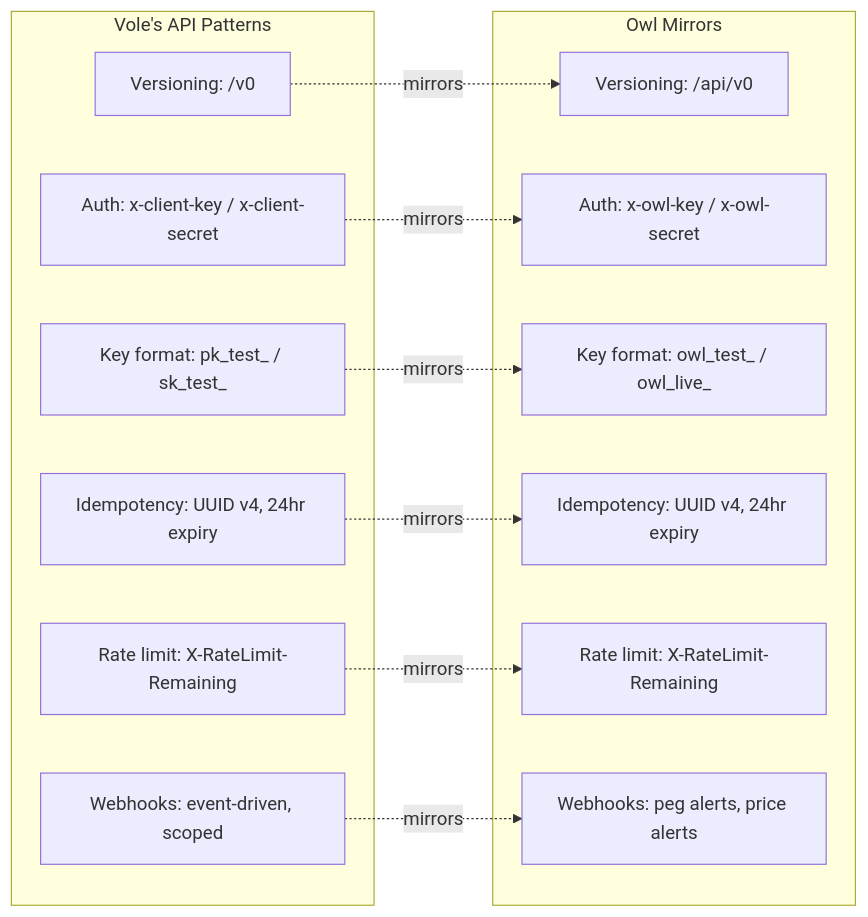
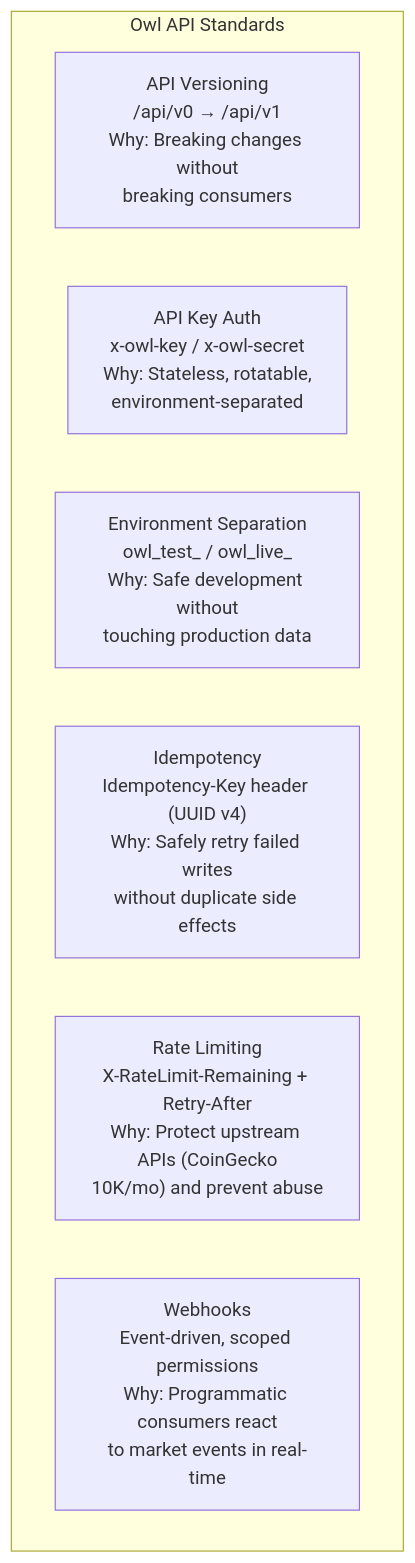
One commit to patrickmvla/owl changed the second of 8 diagrams in docs/adrs/004-product-strategy.md. Above: the diagram before and after it, drawn with Mermaid. The commit also changed other lines of this file, not shown here.

````diff
--- a/docs/adrs/004-product-strategy.md
+++ b/docs/adrs/004-product-strategy.md
@@ -87,27 +89,11 @@
 ```mermaid
-graph LR
-    subgraph Vole_Patterns["Vole's API Patterns"]
-        V1["Versioning: /v0"]
-        V2["Auth: x-client-key / x-client-secret"]
-        V3["Key format: pk_test_ / sk_test_"]
-        V4["Idempotency: UUID v4, 24hr expiry"]
-        V5["Rate limit: X-RateLimit-Remaining"]
-        V6["Webhooks: event-driven, scoped"]
+graph TB
+    subgraph Standards["Owl API Standards"]
+        S1["API Versioning<br/>/api/v0 → /api/v1<br/>Why: Breaking changes without<br/>breaking consumers"]
+        S2["API Key Auth<br/>x-owl-key / x-owl-secret<br/>Why: Stateless, rotatable,<br/>environment-separated"]
+        S3["Environment Separation<br/>owl_test_ / owl_live_<br/>Why: Safe development without<br/>touching production data"]
+        S4["Idempotency<br/>Idempotency-Key header (UUID v4)<br/>Why: Safely retry failed writes<br/>without duplicate side effects"]
+        S5["Rate Limiting<br/>X-RateLimit-Remaining + Retry-After<br/>Why: Protect upstream APIs (CoinGecko<br/>10K/mo) and prevent abuse"]
+        S6["Webhooks<br/>Event-driven, scoped permissions<br/>Why: Programmatic consumers react<br/>to market events in real-time"]
     end
-
-    subgraph Owl_Patterns["Owl Mirrors"]
-        O1["Versioning: /api/v0"]
-        O2["Auth: x-owl-key / x-owl-secret"]
-        O3["Key format: owl_test_ / owl_live_"]
-        O4["Idempotency: UUID v4, 24hr expiry"]
-        O5["Rate limit: X-RateLimit-Remaining"]
-        O6["Webhooks: peg alerts, price alerts"]
-    end
-
-    V1 -.->|"mirrors"| O1
-    V2 -.->|"mirrors"| O2
-    V3 -.->|"mirrors"| O3
-    V4 -.->|"mirrors"| O4
-    V5 -.->|"mirrors"| O5
-    V6 -.->|"mirrors"| O6
 ```
````
